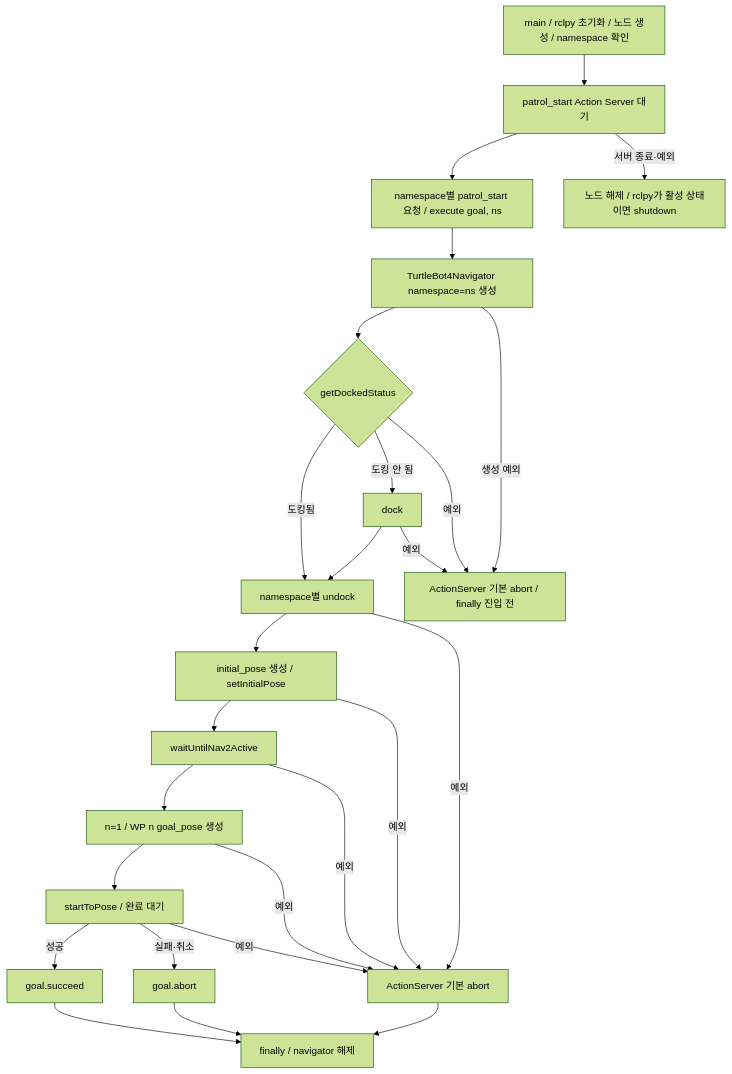
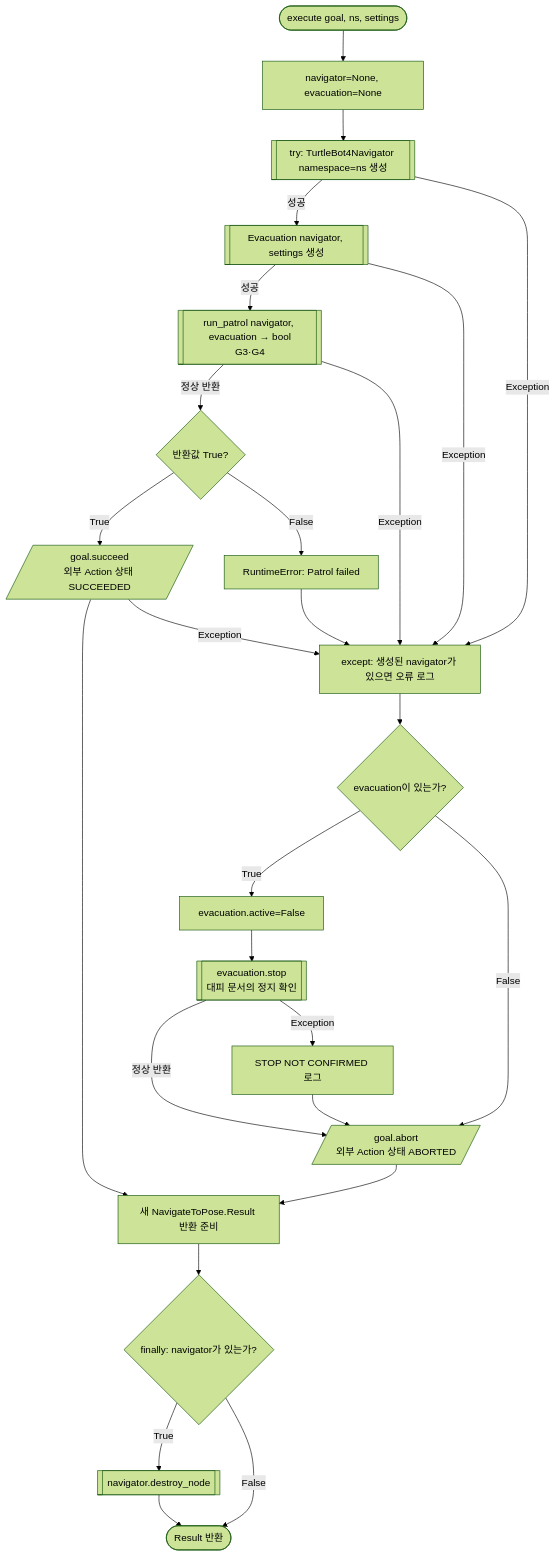
The third of 6 diagrams in docs/genius_patrol.md (suuuhululu/patrol), drawn with Mermaid (forest theme) before and after one commit. The commit also changed other lines of this file and 110 other files, not shown here.

````diff
--- a/docs/genius_patrol.md
+++ b/docs/genius_patrol.md
@@ -17,27 +135,28 @@
 ```mermaid
 flowchart TD
-    START[main / rclpy 초기화 / 노드 생성 / namespace 확인] --> SERVER[patrol_start Action Server 대기]
-    SERVER --> A[namespace별 patrol_start 요청 / execute goal, ns] --> B[TurtleBot4Navigator namespace=ns 생성]
-    B --> DOCKED{getDockedStatus}
-    DOCKED -->|도킹됨| C[namespace별 undock]
-    DOCKED -->|도킹 안 됨| DOCK[dock]
-    DOCK --> C
-    B -->|생성 예외| PREERR[ActionServer 기본 abort / finally 진입 전]
-    DOCKED -->|예외| PREERR
-    DOCK -->|예외| PREERR
-    C --> D[initial_pose 생성 / setInitialPose]
-    D --> E[waitUntilNav2Active]
-    E --> F[n=1 / WP n goal_pose 생성]
-    F --> G[startToPose / 완료 대기]
-    G -->|성공| H[goal.succeed]
-    G -->|실패·취소| I[goal.abort]
-    C -->|예외| J[ActionServer 기본 abort]
-    D -->|예외| J
-    E -->|예외| J
-    F -->|예외| J
-    G -->|예외| J
-    H --> K[finally / navigator 해제]
-    I --> K
-    J --> K
-    SERVER -->|서버 종료·예외| CLEAN[노드 해제 / rclpy가 활성 상태이면 shutdown]
+    G2A([execute goal, ns, settings]) --> G2B[navigator=None, evacuation=None]
+    G2B --> G2C[[try: TurtleBot4Navigator namespace=ns 생성]]
+    G2C -->|성공| G2D[[Evacuation navigator, settings 생성]]
+    G2D -->|성공| G2E[[run_patrol navigator, evacuation → bool<br/>G3·G4]]
+    G2E -->|정상 반환| G2F{반환값 True?}
+    G2F -->|True| G2G[/goal.succeed<br/>외부 Action 상태 SUCCEEDED/]
+    G2G --> G2H[새 NavigateToPose.Result 반환 준비]
+    G2F -->|False| G2R[RuntimeError: Patrol failed]
+    G2C -->|Exception| G2X[except: 생성된 navigator가 있으면 오류 로그]
+    G2D -->|Exception| G2X
+    G2E -->|Exception| G2X
+    G2G -->|Exception| G2X
+    G2R --> G2X
+    G2X --> G2Y{evacuation이 있는가?}
+    G2Y -->|True| G2Z[evacuation.active=False]
+    G2Z --> G2S[[evacuation.stop<br/>대피 문서의 정지 확인]]
+    G2S -->|정상 반환| G2AB[/goal.abort<br/>외부 Action 상태 ABORTED/]
+    G2S -->|Exception| G2LOG[STOP NOT CONFIRMED 로그]
+    G2LOG --> G2AB
+    G2Y -->|False| G2AB
+    G2AB --> G2H
+    G2H --> G2FIN{finally: navigator가 있는가?}
+    G2FIN -->|True| G2DEST[[navigator.destroy_node]]
+    G2FIN -->|False| G2RET([Result 반환])
+    G2DEST --> G2RET
 ```
````
